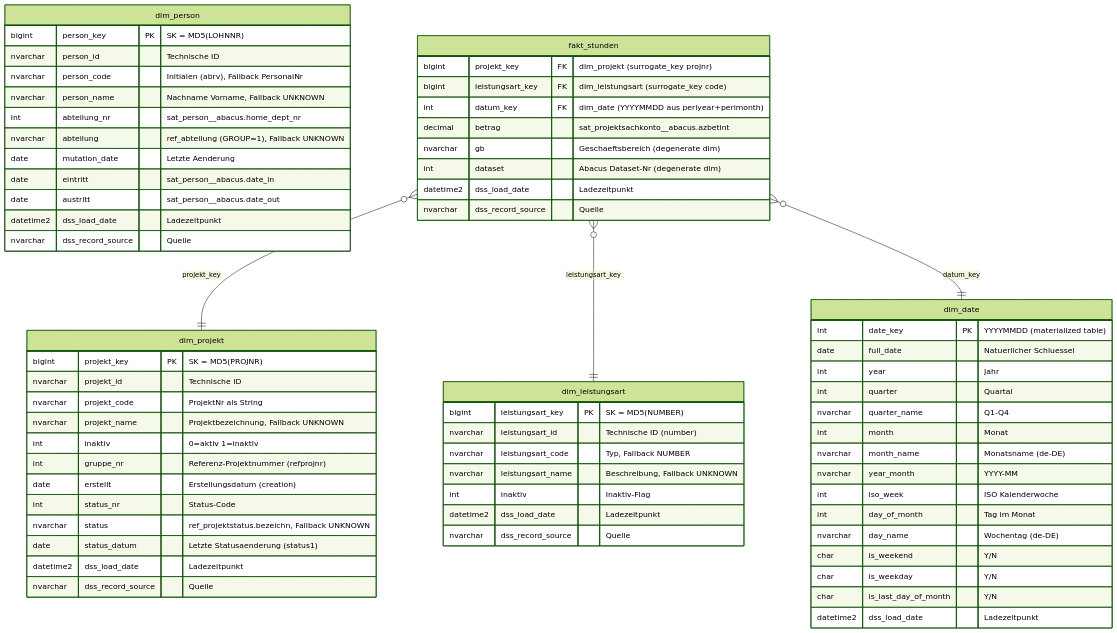
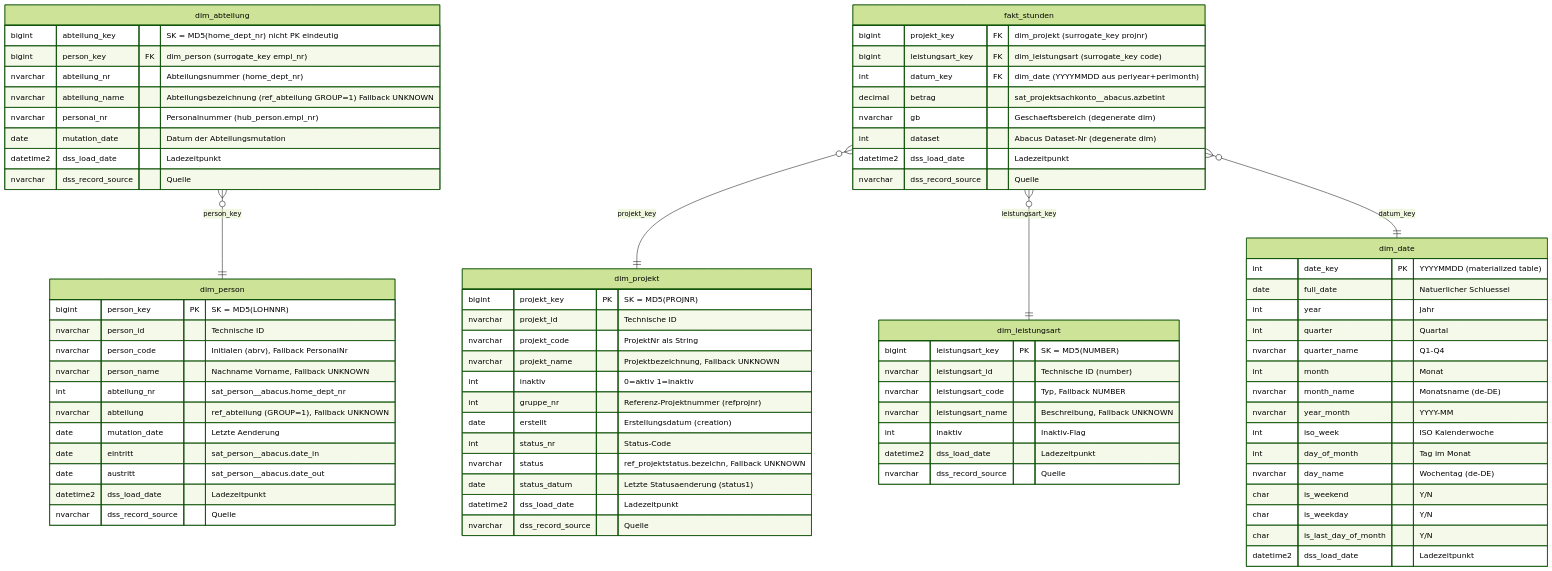
Before and after one commit to fellnerd/datavault-dbt: the diagram in design/mart/er-mart-project.mmd, drawn with Mermaid (forest theme). The commit also changed 11 other files, not shown here.

```diff
--- a/design/mart/er-mart-project.mmd
+++ b/design/mart/er-mart-project.mmd
@@ -1,77 +1,89 @@
 
 erDiagram
 
+
+    dim_abteilung {
+        bigint abteilung_key "SK = MD5(home_dept_nr) nicht PK eindeutig"
+        bigint person_key FK "dim_person (surrogate_key empl_nr)"
+        nvarchar abteilung_nr "Abteilungsnummer (home_dept_nr)"
+        nvarchar abteilung_name "Abteilungsbezeichnung (ref_abteilung GROUP=1) Fallback UNKNOWN"
+        nvarchar personal_nr "Personalnummer (hub_person.empl_nr)"
+        date mutation_date "Datum der Abteilungsmutation"
+        datetime2 dss_load_date "Ladezeitpunkt"
+        nvarchar dss_record_source "Quelle"
+    }
 
     dim_person {
         bigint person_key PK "SK = MD5(LOHNNR)"
         nvarchar person_id "Technische ID"
         nvarchar person_code "Initialen (abrv), Fallback PersonalNr"
         nvarchar person_name "Nachname Vorname, Fallback UNKNOWN"
         int abteilung_nr "sat_person__abacus.home_dept_nr"
         nvarchar abteilung "ref_abteilung (GROUP=1), Fallback UNKNOWN"
         date mutation_date "Letzte Aenderung"
         date eintritt "sat_person__abacus.date_in"
         date austritt "sat_person__abacus.date_out"
         datetime2 dss_load_date "Ladezeitpunkt"
         nvarchar dss_record_source "Quelle"
     }
 
     dim_projekt {
         bigint projekt_key PK "SK = MD5(PROJNR)"
         nvarchar projekt_id "Technische ID"
         nvarchar projekt_code "ProjektNr als String"
         nvarchar projekt_name "Projektbezeichnung, Fallback UNKNOWN"
         int inaktiv "0=aktiv 1=inaktiv"
         int gruppe_nr "Referenz-Projektnummer (refprojnr)"
         date erstellt "Erstellungsdatum (creation)"
         int status_nr "Status-Code"
         nvarchar status "ref_projektstatus.bezeichn, Fallback UNKNOWN"
         date status_datum "Letzte Statusaenderung (status1)"
         datetime2 dss_load_date "Ladezeitpunkt"
         nvarchar dss_record_source "Quelle"
     }
 
     dim_leistungsart {
         bigint leistungsart_key PK "SK = MD5(NUMBER)"
         nvarchar leistungsart_id "Technische ID (number)"
         nvarchar leistungsart_code "Typ, Fallback NUMBER"
         nvarchar leistungsart_name "Beschreibung, Fallback UNKNOWN"
         int inaktiv "Inaktiv-Flag"
         datetime2 dss_load_date "Ladezeitpunkt"
         nvarchar dss_record_source "Quelle"
     }
 
     dim_date {
         int date_key PK "YYYYMMDD (materialized table)"
         date full_date "Natuerlicher Schluessel"
         int year "Jahr"
         int quarter "Quartal"
         nvarchar quarter_name "Q1-Q4"
         int month "Monat"
         nvarchar month_name "Monatsname (de-DE)"
         nvarchar year_month "YYYY-MM"
         int iso_week "ISO Kalenderwoche"
         int day_of_month "Tag im Monat"
         nvarchar day_name "Wochentag (de-DE)"
         char is_weekend "Y/N"
         char is_weekday "Y/N"
         char is_last_day_of_month "Y/N"
         datetime2 dss_load_date "Ladezeitpunkt"
     }
 
     fakt_stunden {
         bigint projekt_key FK "dim_projekt (surrogate_key projnr)"
         bigint leistungsart_key FK "dim_leistungsart (surrogate_key code)"
         int datum_key FK "dim_date (YYYYMMDD aus periyear+perimonth)"
         decimal betrag "sat_projektsachkonto__abacus.azbetint"
         nvarchar gb "Geschaeftsbereich (degenerate dim)"
         int dataset "Abacus Dataset-Nr (degenerate dim)"
         datetime2 dss_load_date "Ladezeitpunkt"
         nvarchar dss_record_source "Quelle"
     }
 
   
 
     fakt_stunden }o--|| dim_projekt : "projekt_key"
     fakt_stunden }o--|| dim_leistungsart : "leistungsart_key"
     fakt_stunden }o--|| dim_date : "datum_key"
+    dim_abteilung }o--|| dim_person : "person_key"
```
